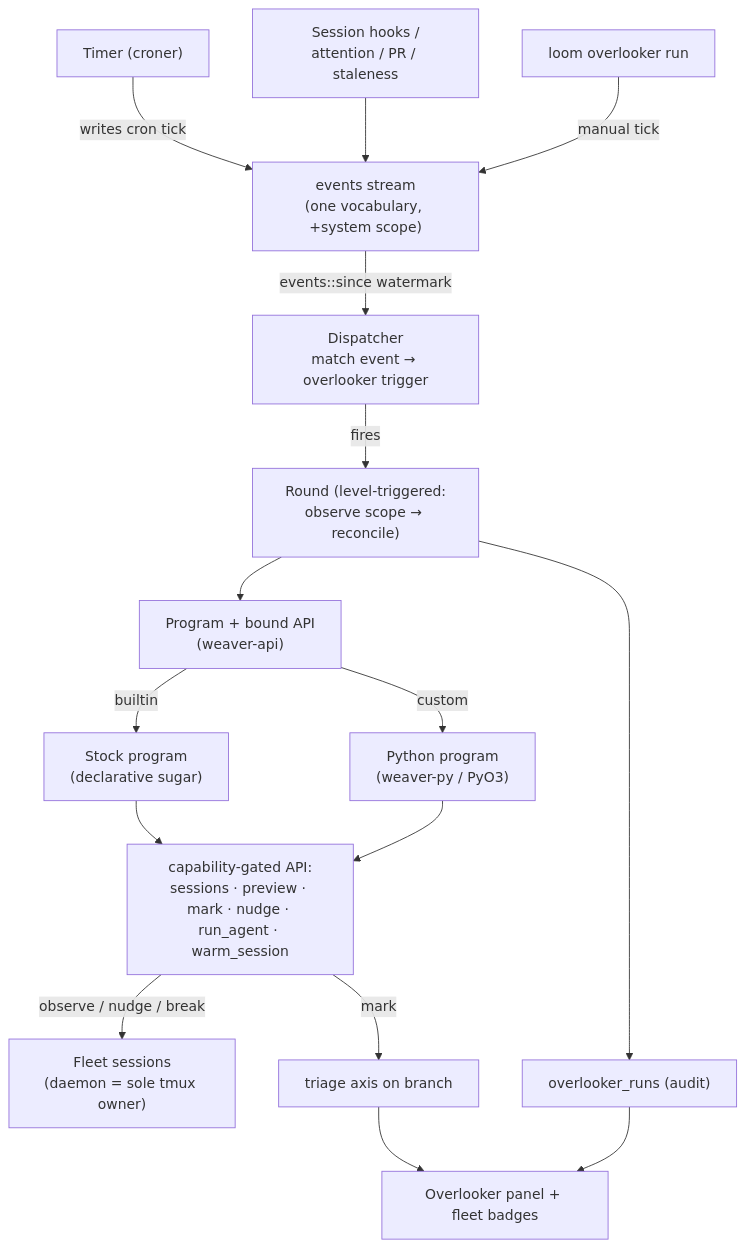
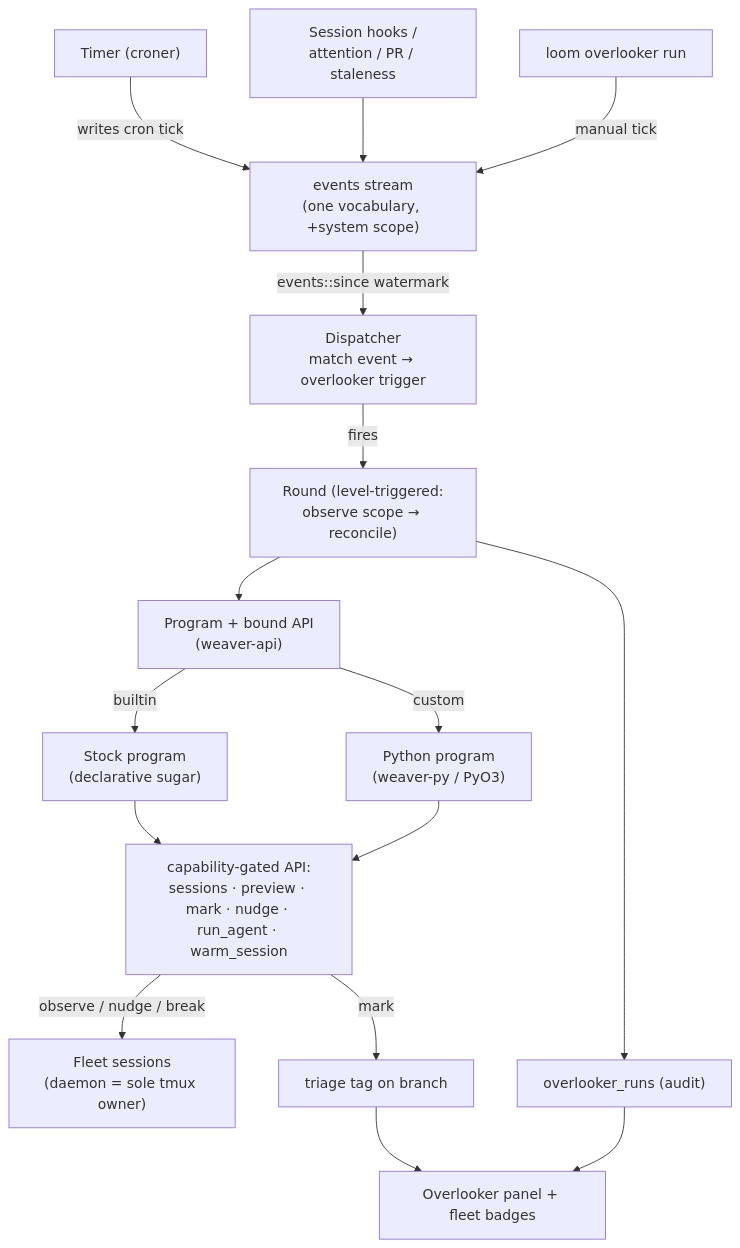
Before and after one commit to rjpower/weaver: the diagram in docs/plans/overlooker.md, drawn with Mermaid. The commit also changed other lines of this file and 10 other files, not shown here.

````diff
--- a/docs/plans/overlooker.md
+++ b/docs/plans/overlooker.md
@@ -328,24 +331,24 @@
 ```mermaid
 flowchart TD
     timer["Timer (croner)"] -->|writes cron tick| events
     hooks["Session hooks /<br/>attention / PR / staleness"] --> events
     manual["loom overlooker run"] -->|manual tick| events
 
     events["events stream<br/>(one vocabulary, +system scope)"]
     events -->|events::since watermark| dispatch["Dispatcher<br/>match event → overlooker trigger"]
     dispatch -->|fires| round["Round (level-triggered:<br/>observe scope → reconcile)"]
 
     round --> prog["Program + bound API<br/>(weaver-api)"]
     prog -->|builtin| stock["Stock program<br/>(declarative sugar)"]
     prog -->|custom| pyprog["Python program<br/>(weaver-py / PyO3)"]
 
     stock --> api
     pyprog --> api
     api["capability-gated API:<br/>sessions · preview · mark · nudge · run_agent · warm_session"]
 
     api -->|observe / nudge / break| fleet["Fleet sessions<br/>(daemon = sole tmux owner)"]
-    api -->|mark| triage["triage axis on branch"]
+    api -->|mark| triage["triage tag on branch"]
     round --> runs["overlooker_runs (audit)"]
     triage --> panel["Overlooker panel + fleet badges"]
     runs --> panel
 ```
````
